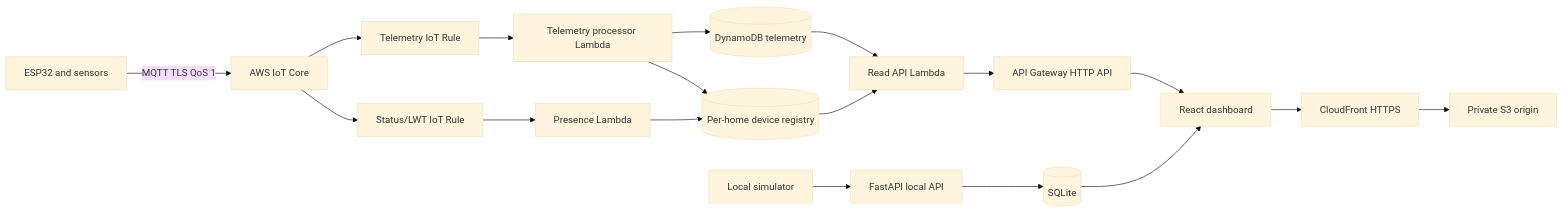
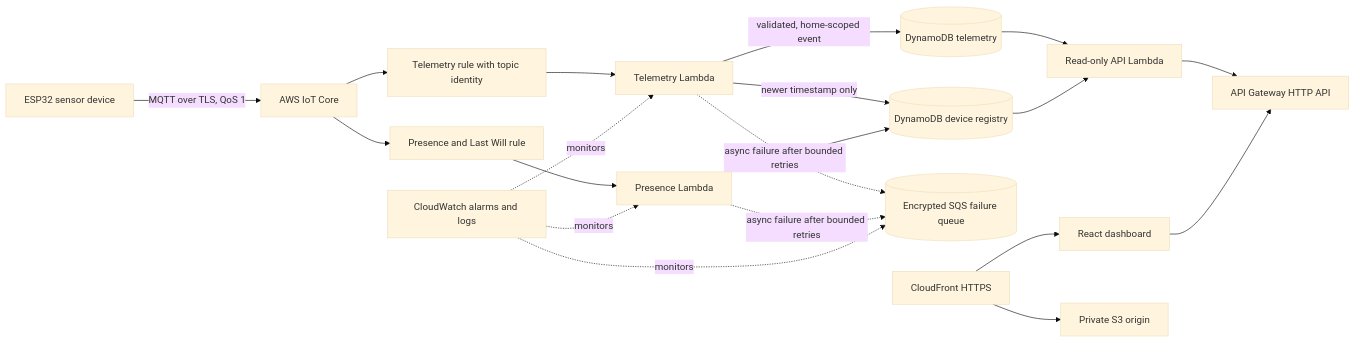
One commit to SLakshmiGanesh/iot-aws changed the first of 2 diagrams in docs/ARCHITECTURE.md. Above: the diagram before and after it, drawn with Mermaid (base theme). The commit also changed other lines of this file, not shown here.

Commit message:
Document current data flows and security boundaries

````diff
--- a/docs/ARCHITECTURE.md
+++ b/docs/ARCHITECTURE.md
@@ -3,20 +5,22 @@
 ```mermaid
 flowchart LR
-  ESP[ESP32 and sensors] -->|MQTT TLS QoS 1| IOT[AWS IoT Core]
-  IOT --> RULE[Telemetry IoT Rule]
-  IOT --> PRES[Status/LWT IoT Rule]
-  RULE --> PROC[Telemetry processor Lambda]
-  PRES --> STATUS[Presence Lambda]
-  STATUS --> REG
-  PROC --> HIST[(DynamoDB telemetry)]
-  PROC --> REG[(Per-home device registry)]
-  HIST --> READ[Read API Lambda]
-  REG --> READ
-  READ --> APIGW[API Gateway HTTP API]
-  APIGW --> UI[React dashboard]
-  UI --> CF[CloudFront HTTPS]
+  ESP[ESP32 sensor device] -->|MQTT over TLS, QoS 1| IOT[AWS IoT Core]
+  IOT --> TR[Telemetry rule with topic identity]
+  IOT --> SR[Presence and Last Will rule]
+  TR --> P[Telemetry Lambda]
+  SR --> S[Presence Lambda]
+  P -->|validated, home-scoped event| HIST[(DynamoDB telemetry)]
+  P -->|newer timestamp only| REG[(DynamoDB device registry)]
+  S --> REG
+  P -. async failure after bounded retries .-> DLQ[(Encrypted SQS failure queue)]
+  S -. async failure after bounded retries .-> DLQ
+  HIST --> API[Read-only API Lambda]
+  REG --> API
+  API --> GW[API Gateway HTTP API]
+  CF[CloudFront HTTPS] --> UI[React dashboard]
+  UI --> GW
   CF --> S3[Private S3 origin]
-  SIM[Local simulator] --> FAST[FastAPI local API]
-  FAST --> SQLITE[(SQLite)]
-  SQLITE --> UI
+  CW[CloudWatch alarms and logs] -. monitors .-> P
+  CW -. monitors .-> S
+  CW -. monitors .-> DLQ
 ```
````
